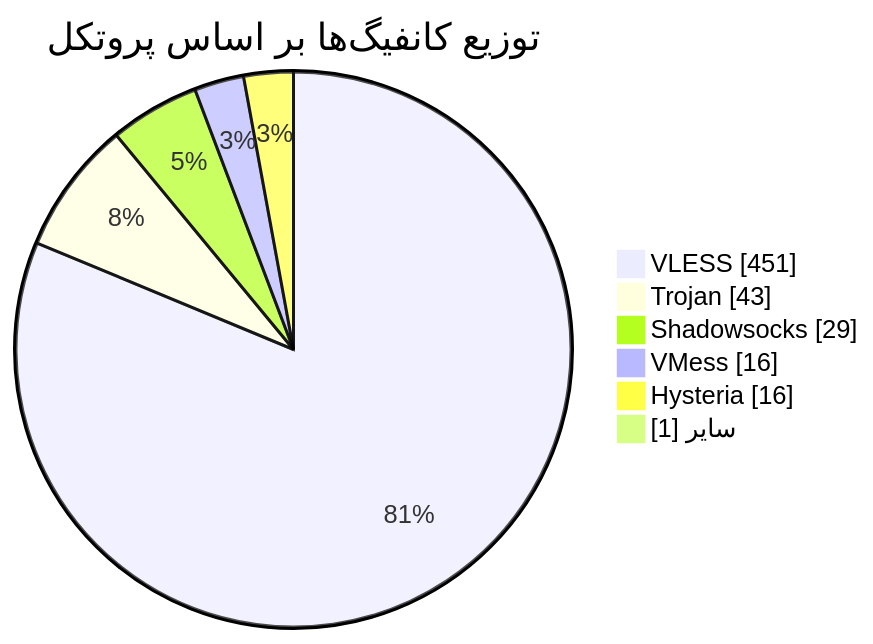
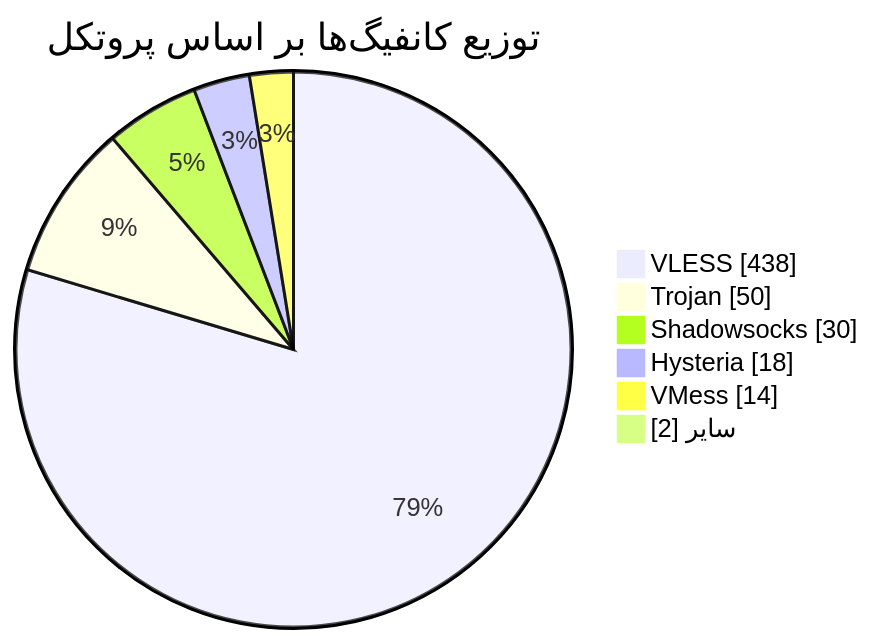
The diagram in README.md (Arian-Alijani/Somthing), drawn with Mermaid before and after one commit. The commit also changed other lines of this file and 79 other files, not shown here.

````diff
--- a/README.md
+++ b/README.md
@@ -48,10 +48,10 @@
 ```mermaid
 pie showData
     title توزیع کانفیگ‌ها بر اساس پروتکل
-    "VLESS" : 451
-    "Trojan" : 43
-    "Shadowsocks" : 29
-    "VMess" : 16
-    "Hysteria" : 16
-    "سایر" : 1
+    "VLESS" : 438
+    "Trojan" : 50
+    "Shadowsocks" : 30
+    "Hysteria" : 18
+    "VMess" : 14
+    "سایر" : 2
 ```
````
